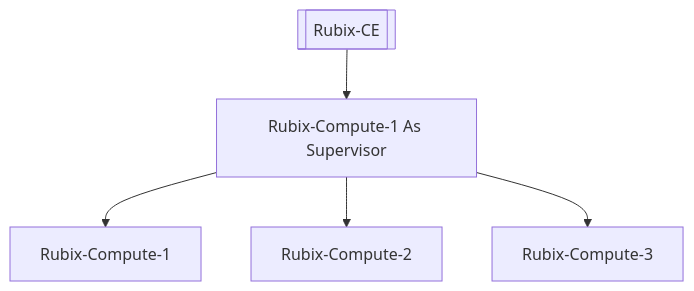
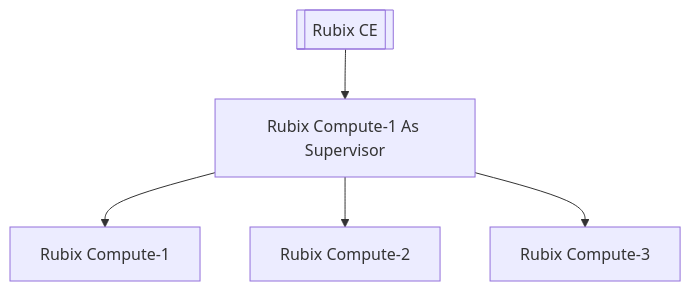
The first of 3 diagrams in docs/rubix-ce/setup/supervisor.md (NubeIO/rubix-ce-docs), drawn with Mermaid before and after one commit. The commit also changed other lines of this file and 3 other files, not shown here.

````diff
--- a/docs/rubix-ce/setup/supervisor.md
+++ b/docs/rubix-ce/setup/supervisor.md
@@ -49,7 +49,7 @@
 ```mermaid
 flowchart TD
-    A[[Rubix-CE]] --> C[-]
-    C[Rubix-Compute-1 As Supervisor] --> D[Rubix-Compute-1]
-    C --> E[Rubix-Compute-2]
-    C --> F[Rubix-Compute-3]
+    A[[Rubix CE]] --> C[-]
+    C[Rubix Compute-1 As Supervisor] --> D[Rubix Compute-1]
+    C --> E[Rubix Compute-2]
+    C --> F[Rubix Compute-3]
 ```
````
